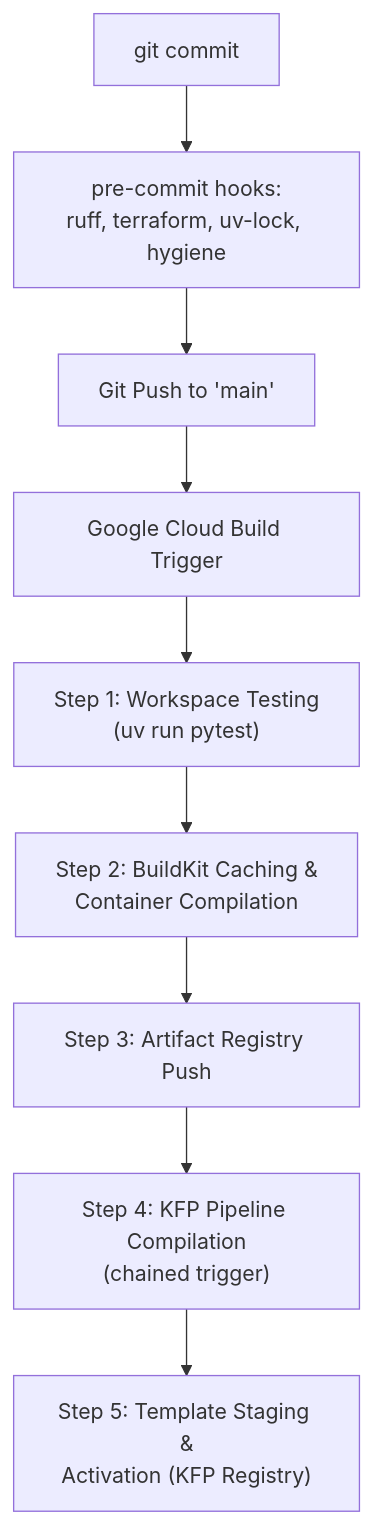
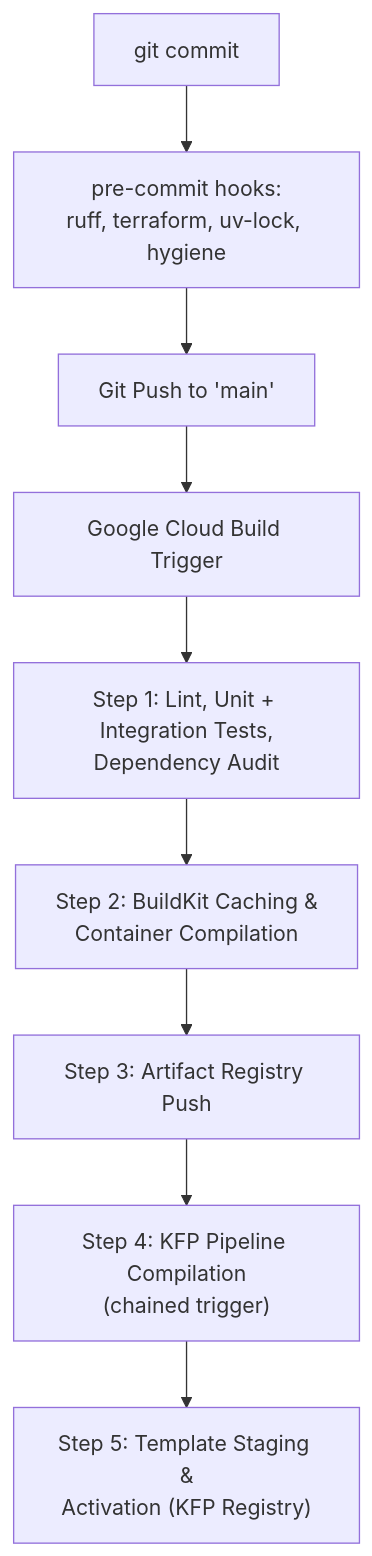
One commit to marcopellegrinoit/gcp-mlops-customer-churn changed the diagram in docs/cicd.md. Above: the diagram before and after it, drawn with Mermaid. The commit also changed other lines of this file and 17 other files, not shown here.

````diff
--- a/docs/cicd.md
+++ b/docs/cicd.md
@@ -5,11 +5,11 @@
 ```mermaid
 flowchart TD
     COMMIT[git commit] --> PRECOMMIT["pre-commit hooks:<br/>ruff, terraform, uv-lock, hygiene"]
     PRECOMMIT --> PUSH["Git Push to 'main'"]
     PUSH --> TRIGGER[Google Cloud Build Trigger]
-    TRIGGER --> S1["Step 1: Workspace Testing<br/>(uv run pytest)"]
+    TRIGGER --> S1["Step 1: Lint, Unit + Integration Tests,<br/>Dependency Audit"]
     S1 --> S2["Step 2: BuildKit Caching &<br/>Container Compilation"]
     S2 --> S3["Step 3: Artifact Registry Push"]
     S3 --> S4["Step 4: KFP Pipeline Compilation<br/>(chained trigger)"]
     S4 --> S5["Step 5: Template Staging &<br/>Activation (KFP Registry)"]
 ```
````
